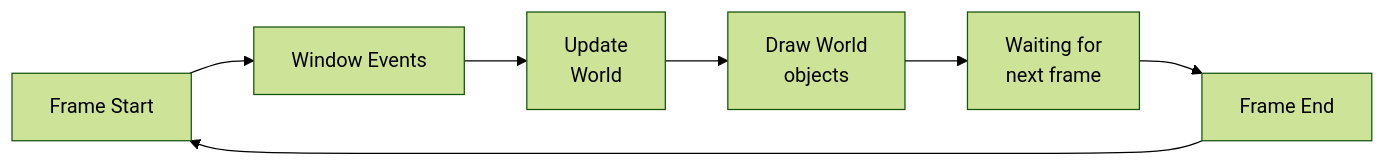
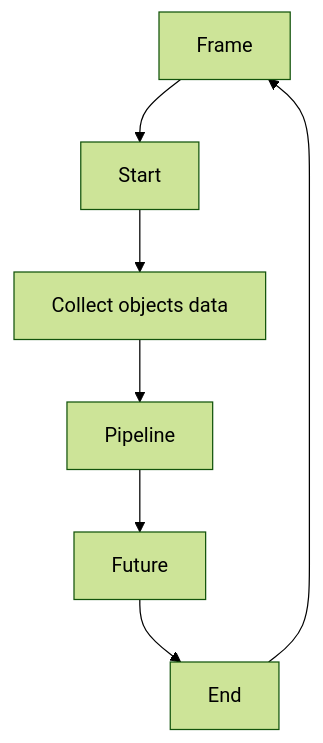
Before and after one commit to Delfi1/DEngine: the second of 2 diagrams in README.md, drawn with Mermaid (forest theme). The commit also changed other lines of this file and 7 other files, not shown here.

````diff
--- a/README.md
+++ b/README.md
@@ -27,5 +31,10 @@
 ```mermaid
-graph LR;
-    Frame_S[Frame Start] --> WE[Window Events] --> Update[Update \nWorld]; 
-    Update --> Draw[Draw World\n objects] --> Wait[Waiting for\n next frame] --> Frame_E[Frame End] --> Frame_S;
+graph TD;
+    Frame;
+    Frame --> Start;
+    Start --> OD["Collect objects data"]
+    OD --> Pipeline;
+    Pipeline --> Future;
+    Future --> End;
+    End --> Frame
 ```
````
